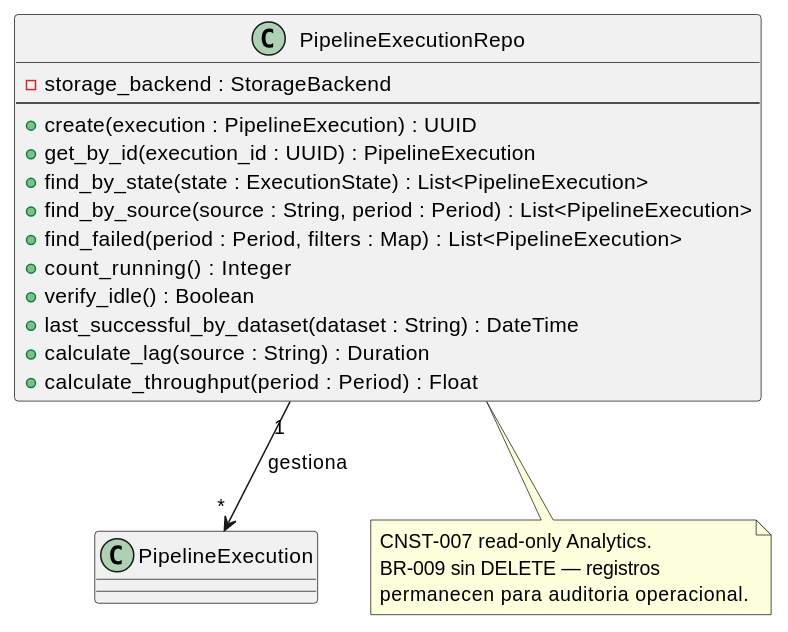
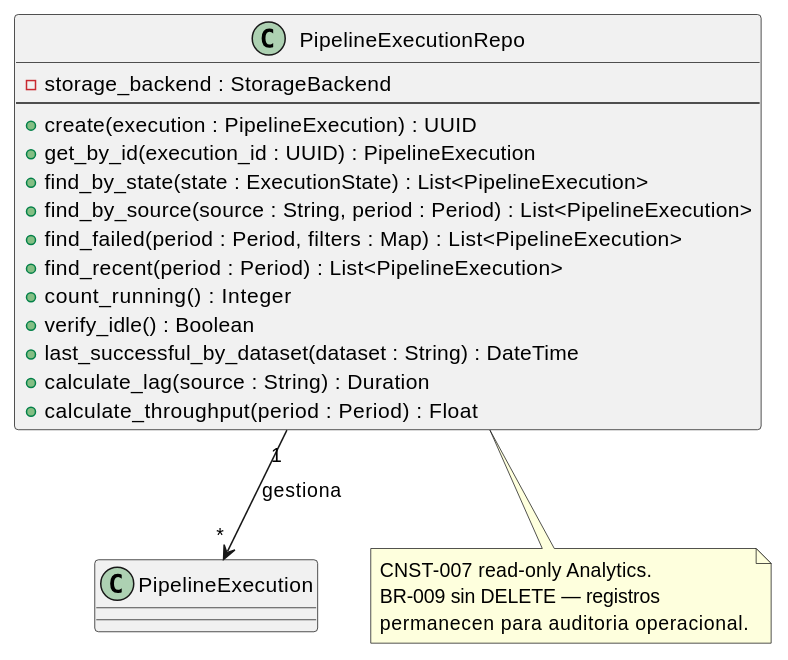
Before and after one commit to jcg-admin/IACT-docs: the diagram in source/arquitectura-tecnica/domain-model/pipeline-execution-repo.rst, drawn with PlantUML. The commit also changed 6 other files, not shown here.

```diff
--- a/source/arquitectura-tecnica/domain-model/pipeline-execution-repo.rst
+++ b/source/arquitectura-tecnica/domain-model/pipeline-execution-repo.rst
@@ -31,31 +31,32 @@
 .. uml::
  :caption: Clase PipelineExecutionRepo — CRUD + queries de PipelineExecution.
 
  @startuml
 
  class PipelineExecutionRepo {
    - storage_backend : StorageBackend
    --
    + create(execution : PipelineExecution) : UUID
    + get_by_id(execution_id : UUID) : PipelineExecution
    + find_by_state(state : ExecutionState) : List<PipelineExecution>
    + find_by_source(source : String, period : Period) : List<PipelineExecution>
    + find_failed(period : Period, filters : Map) : List<PipelineExecution>
+   + find_recent(period : Period) : List<PipelineExecution>
    + count_running() : Integer
    + verify_idle() : Boolean
    + last_successful_by_dataset(dataset : String) : DateTime
    + calculate_lag(source : String) : Duration
    + calculate_throughput(period : Period) : Float
  }
 
  class PipelineExecution
 
  PipelineExecutionRepo "1" --> "*" PipelineExecution : gestiona
 
  note bottom of PipelineExecutionRepo
    CNST-007 read-only Analytics.
    BR-009 sin DELETE — registros
    permanecen para auditoria operacional.
  end note
 
  @enduml
```
